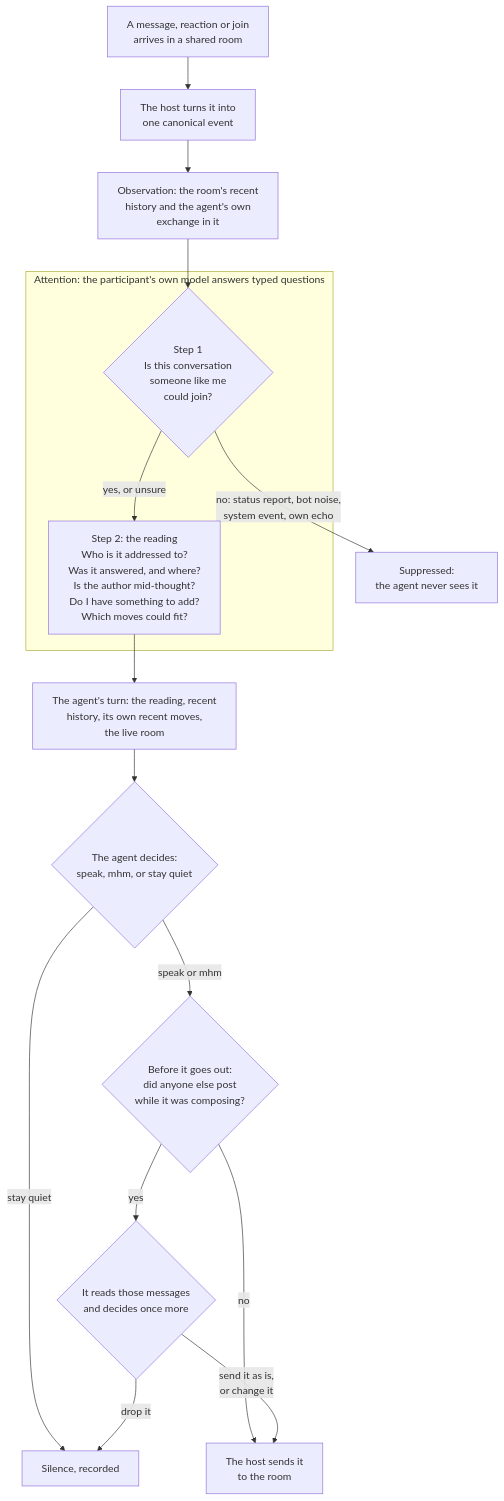
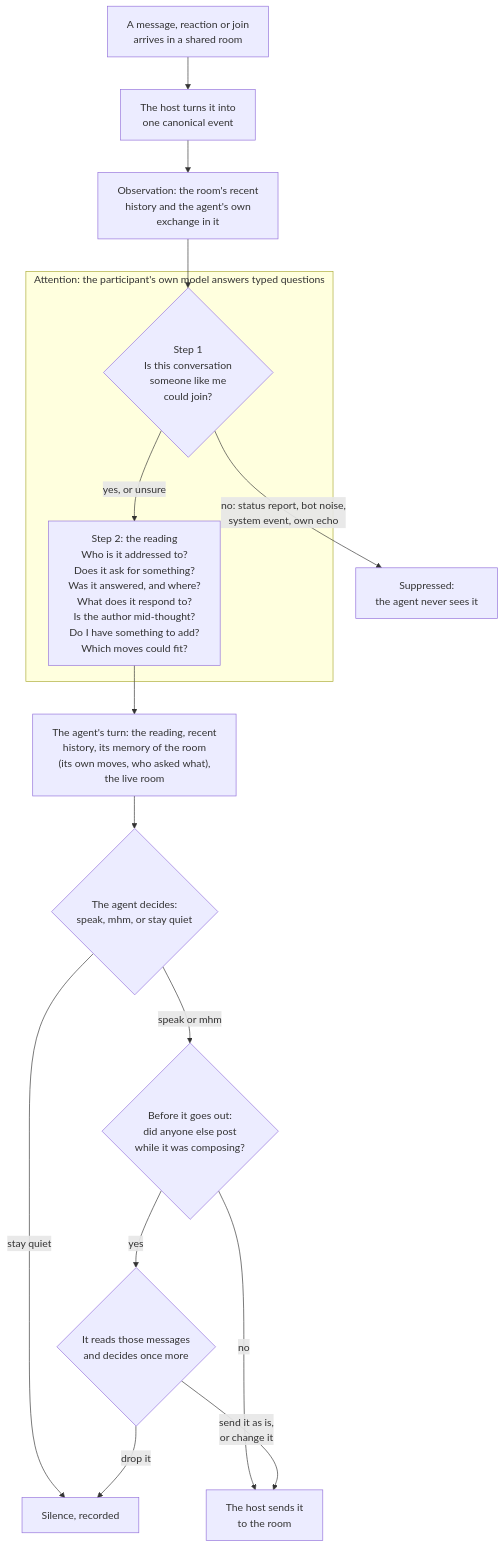
Before and after one commit to mentatzoe/nunchi: the first of 3 diagrams in README.md, drawn with Mermaid. The commit also changed 28 other files, not shown here.

````diff
--- a/README.md
+++ b/README.md
@@ -17,21 +17,21 @@
 ```mermaid
 %%{init: {"flowchart": {"wrappingWidth": 360}}}%%
 flowchart TD
     msg["A message, reaction or join<br/>arrives in a shared room"] --> adapter["The host turns it into<br/>one canonical event"]
     adapter --> obs["Observation: the room's recent<br/>history and the agent's own<br/>exchange in it"]
     obs --> s1
     subgraph attention["Attention: the participant's own model answers typed questions"]
         s1{"Step 1<br/>Is this conversation<br/>someone like me<br/>could join?"}
-        s2["Step 2: the reading<br/>Who is it addressed to?<br/>Was it answered, and where?<br/>Is the author mid-thought?<br/>Do I have something to add?<br/>Which moves could fit?"]
+        s2["Step 2: the reading<br/>Who is it addressed to?<br/>Does it ask for something?<br/>Was it answered, and where?<br/>What does it respond to?<br/>Is the author mid-thought?<br/>Do I have something to add?<br/>Which moves could fit?"]
         s1 -- "yes, or unsure" --> s2
     end
     s1 -- "no: status report, bot noise,<br/>system event, own echo" --> hidden["Suppressed:<br/>the agent never sees it"]
-    s2 --> turn["The agent's turn: the reading, recent<br/>history, its own recent moves,<br/>the live room"]
+    s2 --> turn["The agent's turn: the reading, recent<br/>history, its memory of the room<br/>(its own moves, who asked what),<br/>the live room"]
     turn --> decide{"The agent decides:<br/>speak, mhm, or stay quiet"}
     decide -- "stay quiet" --> silent["Silence, recorded"]
     decide -- "speak or mhm" --> look{"Before it goes out:<br/>did anyone else post<br/>while it was composing?"}
     look -- "no" --> send["The host sends it<br/>to the room"]
     look -- "yes" --> again{"It reads those messages<br/>and decides once more"}
     again -- "send it as is,<br/>or change it" --> send
     again -- "drop it" --> silent
 ```
````
